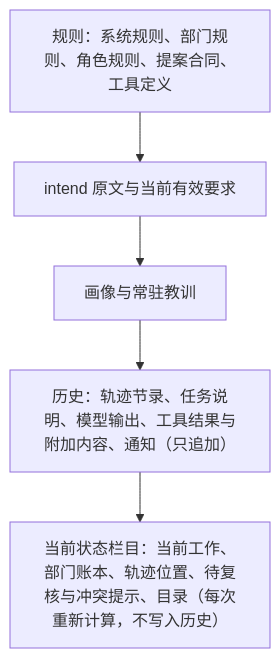
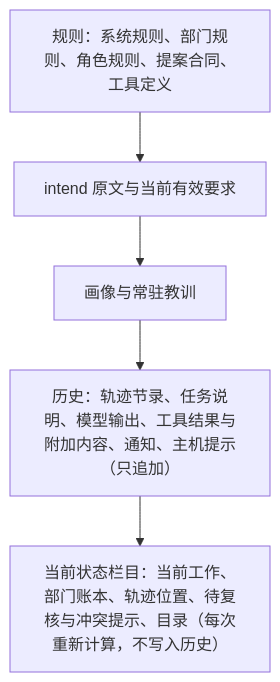
The fourth of 5 diagrams in docs/design/semantic-system.md (bender2333/yudao), drawn with Mermaid before and after one commit. The commit also changed other lines of this file and 3 other files, not shown here.

````diff
--- a/docs/design/semantic-system.md
+++ b/docs/design/semantic-system.md
@@ -371,9 +371,9 @@
 ```mermaid
 flowchart TB
   A["规则：系统规则、部门规则、角色规则、提案合同、工具定义"]
   B["intend 原文与当前有效要求"]
   C["画像与常驻教训"]
-  D["历史：轨迹节录、任务说明、模型输出、工具结果与附加内容、通知（只追加）"]
+  D["历史：轨迹节录、任务说明、模型输出、工具结果与附加内容、通知、主机提示（只追加）"]
   E["当前状态栏目：当前工作、部门账本、轨迹位置、待复核与冲突提示、目录（每次重新计算，不写入历史）"]
   A --> B --> C --> D --> E
 ```
````
